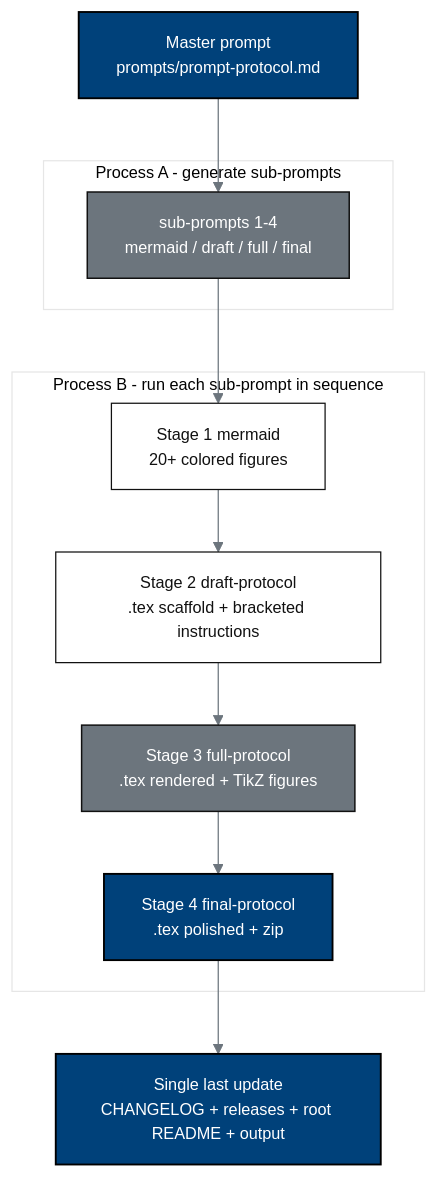
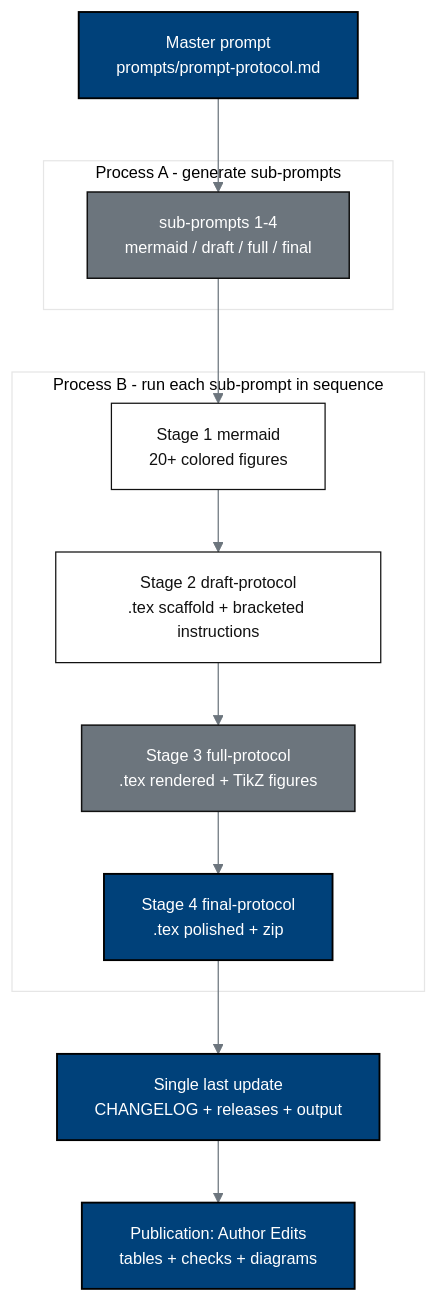
Before and after one commit to kevinkawchak/physical-ai-oncology-trials: the diagram in trial-protocol/README.md, drawn with Mermaid.

````diff
--- a/trial-protocol/README.md
+++ b/trial-protocol/README.md
@@ -43,19 +43,25 @@
 ```mermaid
 %%{init: {'theme':'base','themeVariables':{'fontSize':'13px','primaryColor':'#FFFFFF','primaryTextColor':'#111111','lineColor':'#6C757D'}}}%%
 flowchart TB
     MP["Master prompt<br/>prompts/prompt-protocol.md"]:::goal
+    
     subgraph A["Process A - generate sub-prompts"]
       SP["sub-prompts 1-4<br/>mermaid / draft / full / final"]:::mid
     end
+    
     subgraph B["Process B - run each sub-prompt in sequence"]
       S1["Stage 1 mermaid<br/>20+ colored figures"]:::light
       S2["Stage 2 draft-protocol<br/>.tex scaffold + bracketed instructions"]:::light
       S3["Stage 3 full-protocol<br/>.tex rendered + TikZ figures"]:::mid
       S4["Stage 4 final-protocol<br/>.tex polished + zip"]:::goal
     end
-    REL["Single last update<br/>CHANGELOG + releases + root README + output"]:::goal
-    MP --> SP --> S1 --> S2 --> S3 --> S4 --> REL
+    
+    REL["Single last update<br/>CHANGELOG + releases + output"]:::goal
+    PUB["Publication: Author Edits<br/>tables + checks + diagrams"]:::goal
+    
+    MP --> SP --> S1 --> S2 --> S3 --> S4 --> REL --> PUB
+    
     classDef light fill:#FFFFFF,stroke:#111111,stroke-width:1px,color:#111111
     classDef mid fill:#6C757D,stroke:#111111,stroke-width:1.2px,color:#FFFFFF
     classDef goal fill:#00417A,stroke:#000000,stroke-width:1.5px,color:#FFFFFF
 ```
````
